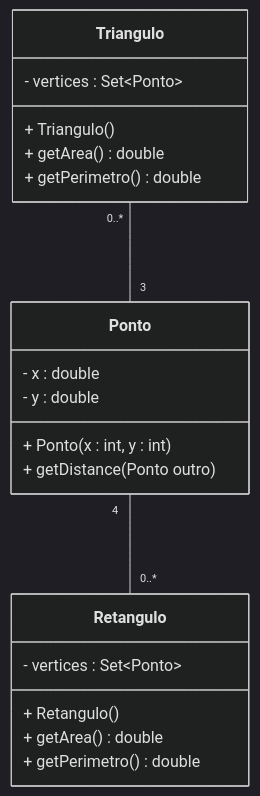
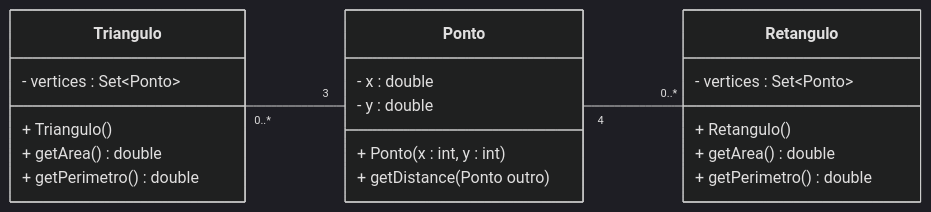
The fourth of 9 diagrams in readme.md (smauricioj/poo-slides-associacoes), drawn with Mermaid (dark theme) before and after one commit.

Commit message:
Update readme.md
Direção de um exemplo

````diff
--- a/readme.md
+++ b/readme.md
@@ -60,27 +60,28 @@
 ```mermaid
 %%{init: {'flowchart': {'nodeSpacing': 100, 'rankSpacing': 100}}}%%
 classDiagram
+    direction LR
     class Ponto {
         - x : double
         - y : double
         + Ponto(x : int, y : int)
         + getDistance(Ponto outro)
     }
     
     class Triangulo {
         - vertices : Set~Ponto~
         + Triangulo()
         + getArea() double
         + getPerimetro() double
     }
 
     class Retangulo {
         - vertices : Set~Ponto~
         + Retangulo()
         + getArea() double
         + getPerimetro() double
     }
     
     Triangulo "0..*" -- "3" Ponto
     Ponto "4" -- "0..*" Retangulo
 ```
````
